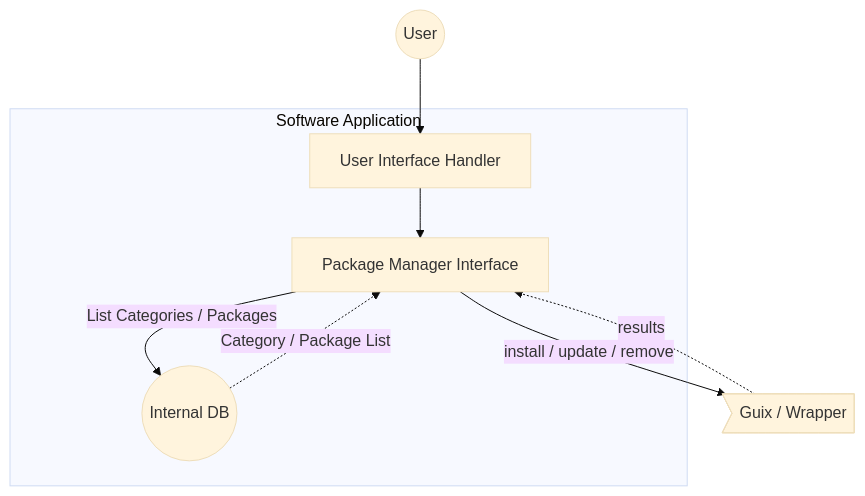
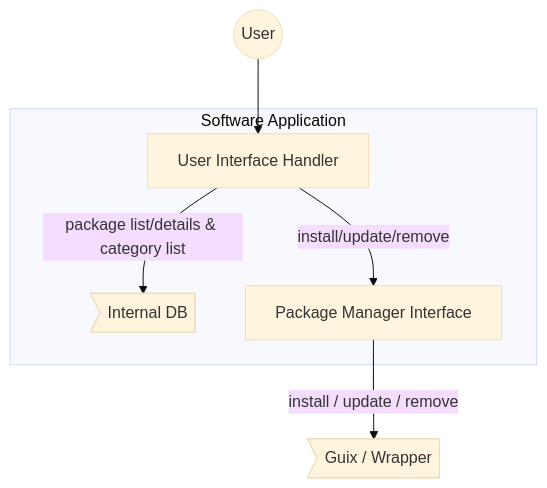
Before and after one commit to PantherXOS/px-software: the diagram in README.md, drawn with Mermaid (base theme). The commit also changed other lines of this file, not shown here.

````diff
--- a/README.md
+++ b/README.md
@@ -8,15 +9,15 @@
 ```mermaid
 graph TD;
 USR((User))
 USR --> GUI
 subgraph Software Application
-GUI[User Interface Handler]
-PKG[Package Manager Interface]
-GUI --> PKG
-PKG -- List Categories / Packages --> DB((Internal DB))
-DB -.->|Category / Package List| PKG
+   DB>Internal DB]
+   GUI[User Interface Handler]
+   PKG[Package Manager Interface]
+   GUI -- package list/details & category list --> DB
+   GUI -- install/update/remove --> PKG
 end
 GUIX>Guix / Wrapper]
 PKG -->|install / update / remove| GUIX
-GUIX -.->|results| PKG
+
 ```
````
